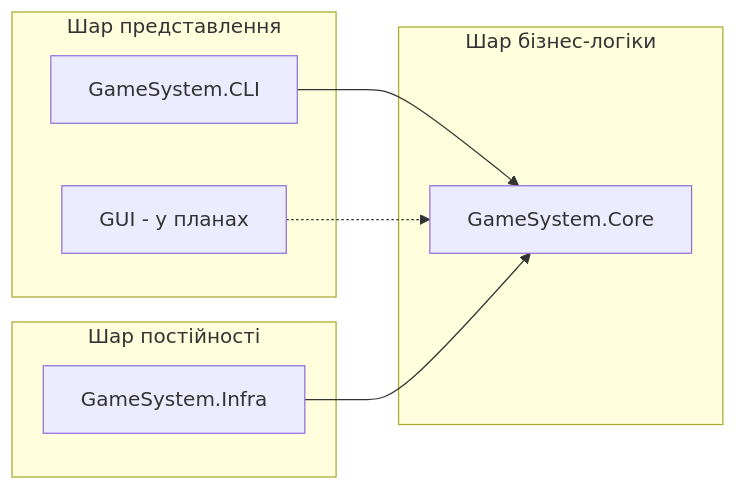
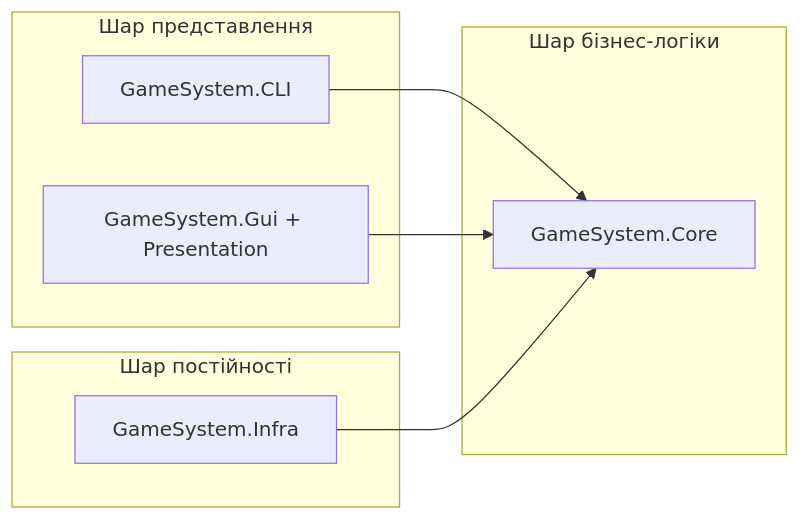
Before and after one commit to TimewornDeN/GameSystem: the first of 9 diagrams in docs/DESIGN.md, drawn with Mermaid. The commit also changed other lines of this file and 31 other files, not shown here.

Commit message:
Practical 16: WPF graphical interface

````diff
--- a/docs/DESIGN.md
+++ b/docs/DESIGN.md
@@ -19,16 +19,16 @@
 ```mermaid
 flowchart LR
     subgraph P[Шар представлення]
         CLI[GameSystem.CLI]
-        GUI[GUI - у планах]
+        GUI[GameSystem.Gui + Presentation]
     end
     subgraph B[Шар бізнес-логіки]
         CORE[GameSystem.Core]
     end
     subgraph D[Шар постійності]
         INFRA[GameSystem.Infra]
     end
     CLI --> CORE
-    GUI -.-> CORE
+    GUI --> CORE
     INFRA --> CORE
 ```
````
